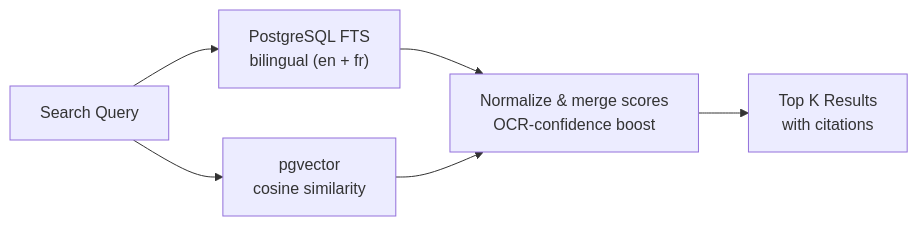
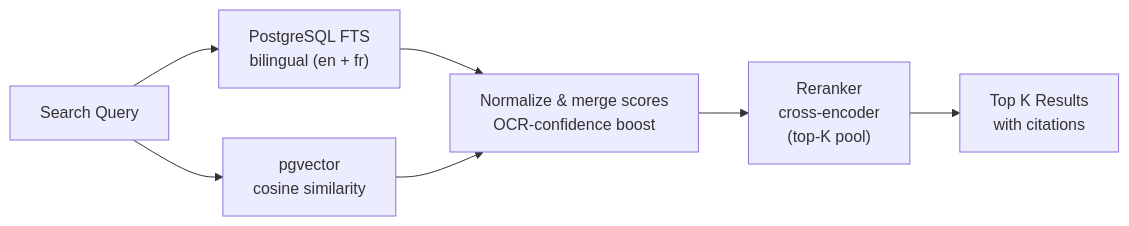
The third of 7 diagrams in docs/architecture.md (r0shi/harborclerk), drawn with Mermaid before and after one commit. The commit also changed other lines of this file and 3 other files, not shown here.

Commit message:
docs: promote CLI, reframe as watched-folder-first, refresh architecture (#413)

````diff
--- a/docs/architecture.md
+++ b/docs/architecture.md
@@ -95,13 +113,15 @@
 ```mermaid
 graph LR
     query["Search Query"]
     fts["PostgreSQL FTS<br/>bilingual (en + fr)"]
     vec["pgvector<br/>cosine similarity"]
     merge["Normalize & merge scores<br/>OCR-confidence boost"]
+    rerank["Reranker<br/>cross-encoder<br/>(top-K pool)"]
     results["Top K Results<br/>with citations"]
 
     query --> fts & vec
     fts --> merge
     vec --> merge
-    merge --> results
+    merge --> rerank
+    rerank --> results
 ```
````
